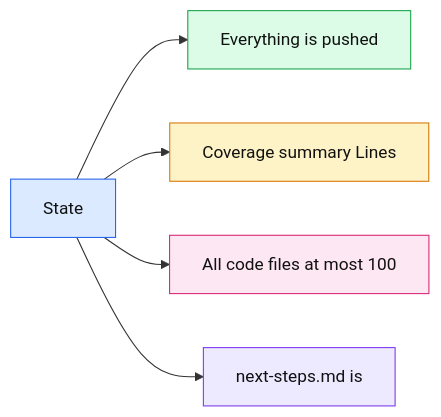
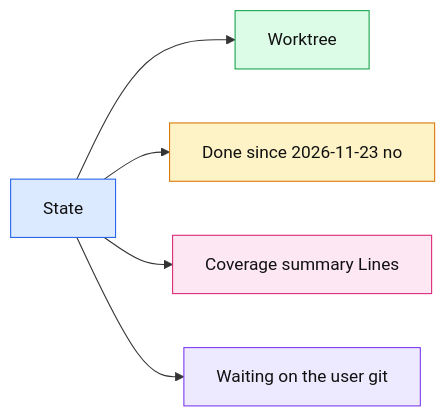
The first of 2 diagrams in handoff.md (thomascherickal/ferrum-gpu), drawn with Mermaid before and after one commit. The commit also changed other lines of this file and 3 other files, not shown here.

````diff
--- a/handoff.md
+++ b/handoff.md
@@ -12,13 +12,13 @@
 ```mermaid
 flowchart LR
     a["State"]:::root
-    a --> n0["Everything is pushed"]:::c0
-    a --> n1["Coverage summary Lines"]:::c1
-    a --> n2["All code files at most 100"]:::c2
-    a --> n3["next-steps.md is"]:::c3
+    a --> n0["Worktree"]:::c0
+    a --> n1["Done since 2026-11-23 no"]:::c1
+    a --> n2["Coverage summary Lines"]:::c2
+    a --> n3["Waiting on the user git"]:::c3
     classDef root fill:#dbeafe,stroke:#2563eb,color:#111
     classDef c0 fill:#dcfce7,stroke:#16a34a,color:#111
     classDef c1 fill:#fef3c7,stroke:#d97706,color:#111
     classDef c2 fill:#fce7f3,stroke:#db2777,color:#111
     classDef c3 fill:#ede9fe,stroke:#7c3aed,color:#111
 ```
````
